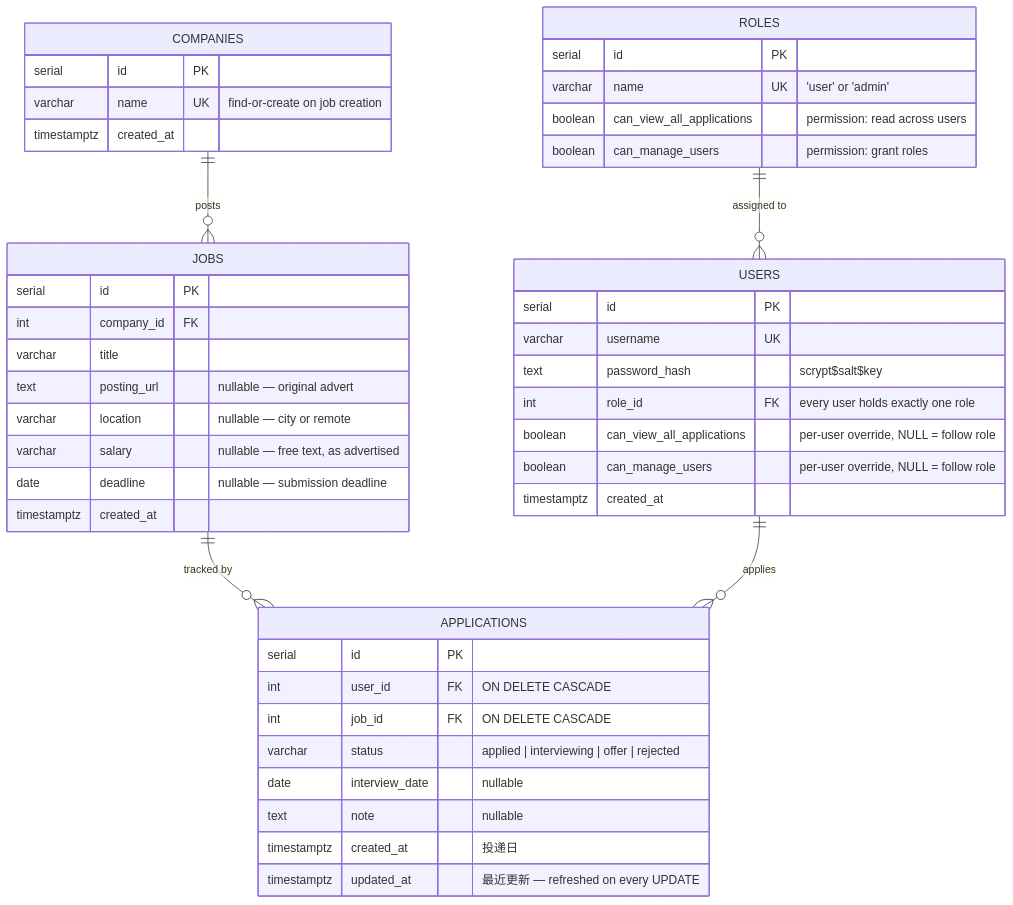
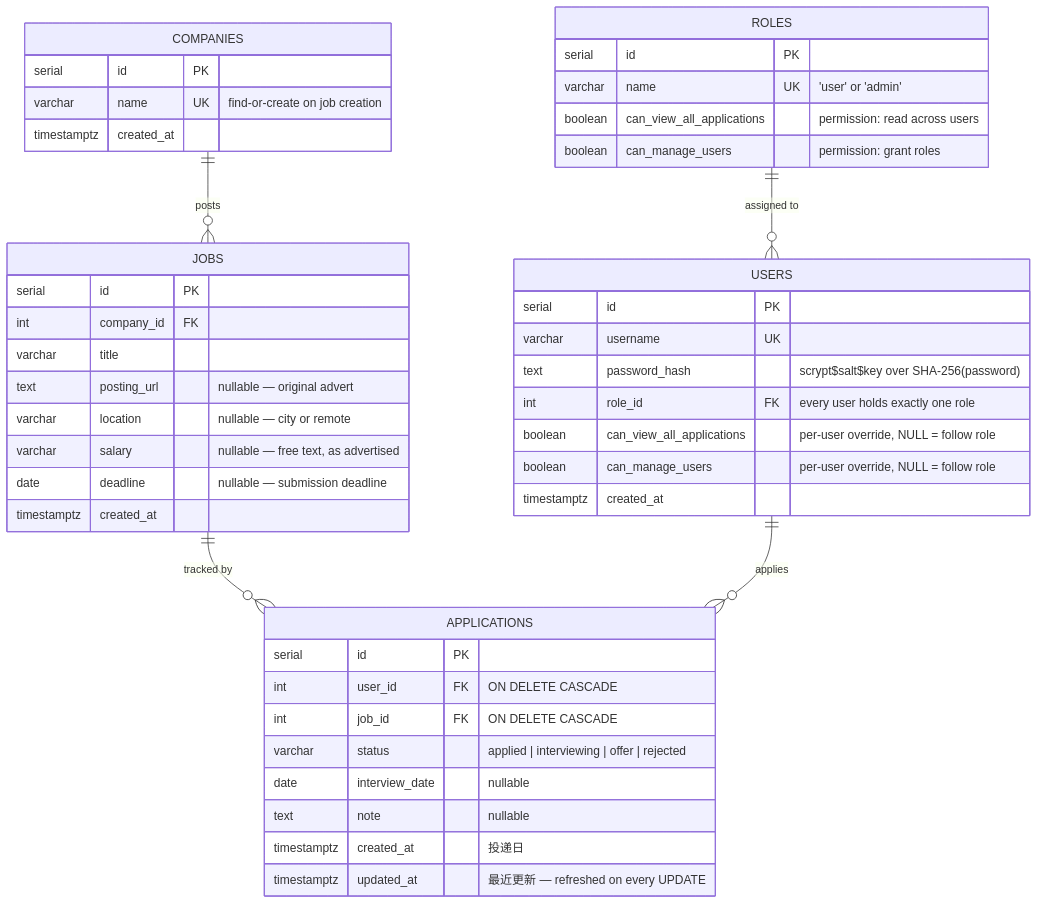
Before and after one commit to RW918/ERB_Group_Project: the diagram in docs/erd.md, drawn with Mermaid. The commit also changed 7 other files, not shown here.

````diff
--- a/docs/erd.md
+++ b/docs/erd.md
@@ -7,52 +7,52 @@
 ```mermaid
 erDiagram
     COMPANIES ||--o{ JOBS : "posts"
     JOBS ||--o{ APPLICATIONS : "tracked by"
     USERS ||--o{ APPLICATIONS : "applies"
     ROLES ||--o{ USERS : "assigned to"
 
     ROLES {
         serial id PK
         varchar name UK "'user' or 'admin'"
         boolean can_view_all_applications "permission: read across users"
         boolean can_manage_users "permission: grant roles"
     }
 
     USERS {
         serial id PK
         varchar username UK
-        text password_hash "scrypt$salt$key"
+        text password_hash "scrypt$salt$key over SHA-256(password)"
         int role_id FK "every user holds exactly one role"
         boolean can_view_all_applications "per-user override, NULL = follow role"
         boolean can_manage_users "per-user override, NULL = follow role"
         timestamptz created_at
     }
 
     COMPANIES {
         serial id PK
         varchar name UK "find-or-create on job creation"
         timestamptz created_at
     }
 
     JOBS {
         serial id PK
         int company_id FK
         varchar title
         text posting_url "nullable — original advert"
         varchar location "nullable — city or remote"
         varchar salary "nullable — free text, as advertised"
         date deadline "nullable — submission deadline"
         timestamptz created_at
     }
 
     APPLICATIONS {
         serial id PK
         int user_id FK "ON DELETE CASCADE"
         int job_id FK "ON DELETE CASCADE"
         varchar status "applied | interviewing | offer | rejected"
         date interview_date "nullable"
         text note "nullable"
         timestamptz created_at "投递日"
         timestamptz updated_at "最近更新 — refreshed on every UPDATE"
     }
 ```
````
